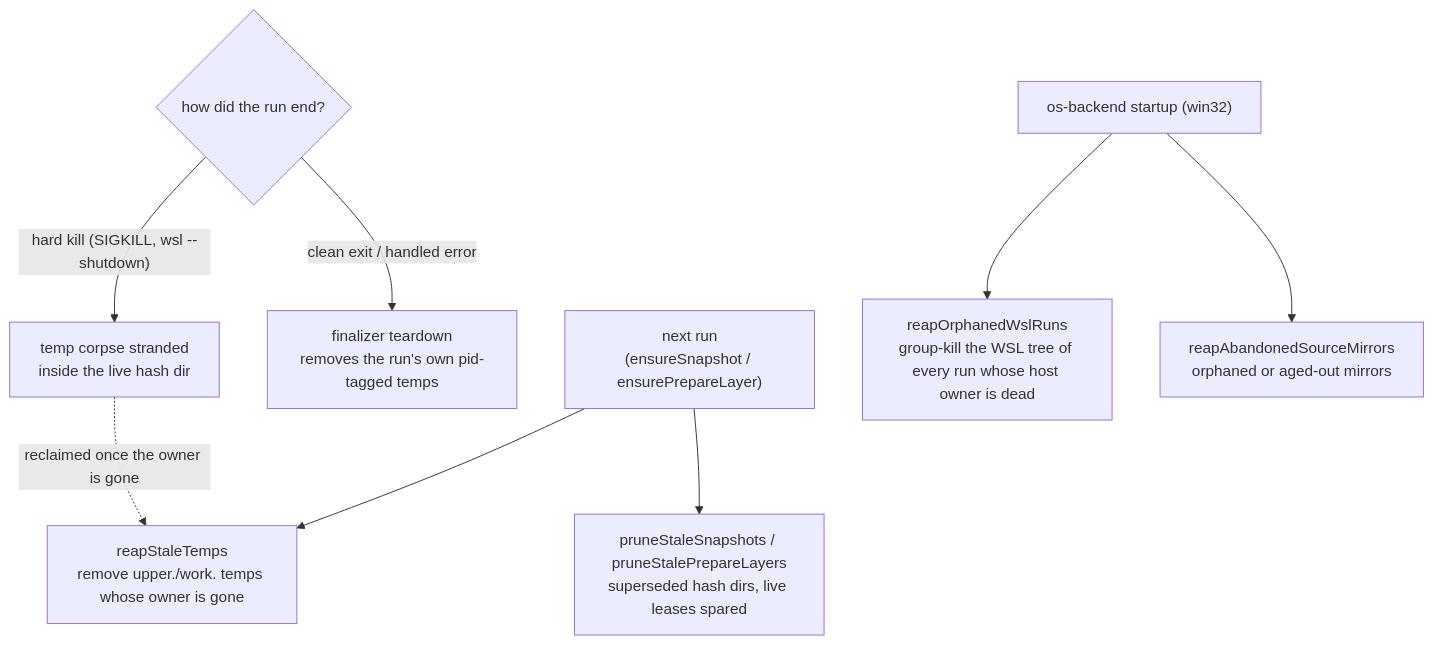
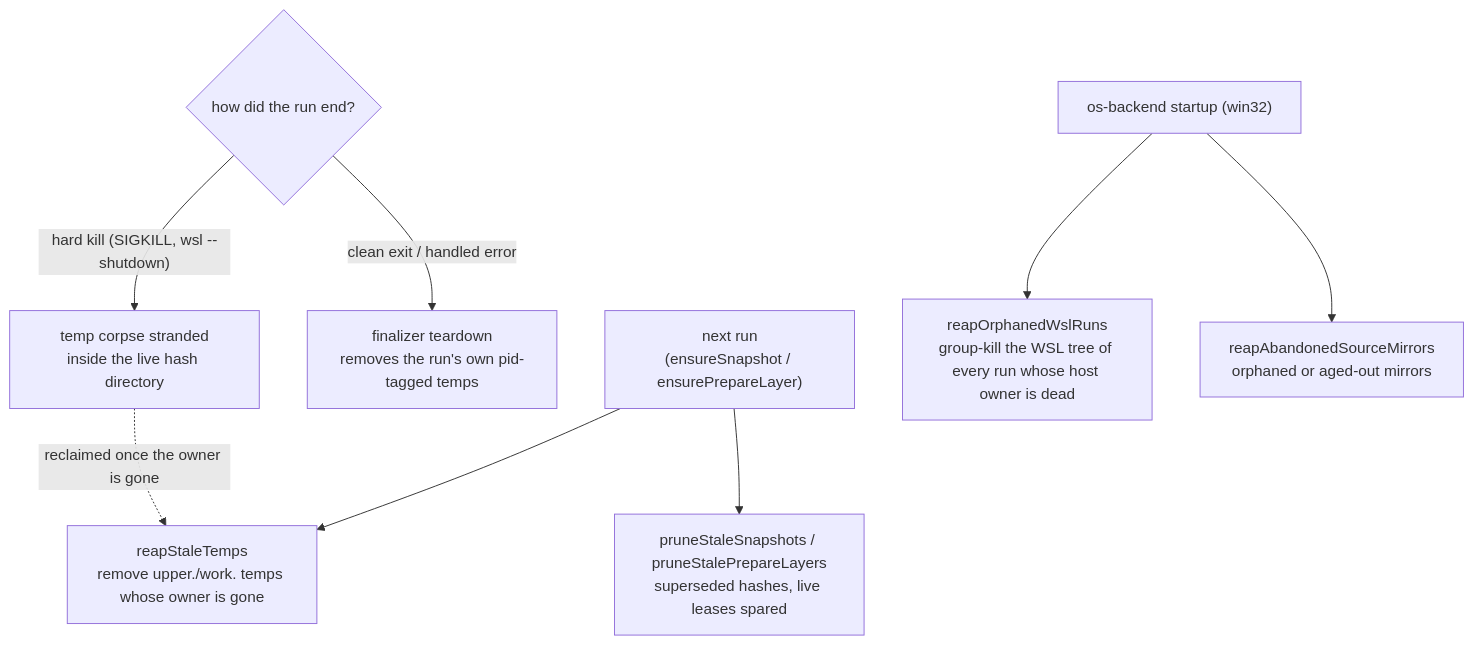
Before and after one commit to Esposter/Esposter: the diagram in apps/web/content/docs/virrun/cache.md, drawn with Mermaid. The commit also changed other lines of this file and 159 other files, not shown here.

First line of the commit message:
refactor(virrun)!: spell Directory in every identifier that said Dir

````diff
--- a/apps/web/content/docs/virrun/cache.md
+++ b/apps/web/content/docs/virrun/cache.md
@@ -45,13 +45,13 @@
 ```mermaid
 flowchart TB
     exit{"how did the run end?"}
     exit -->|"clean exit / handled error"| fin["finalizer teardown<br/>removes the run's own pid-tagged temps"]
-    exit -->|"hard kill (SIGKILL, wsl --shutdown)"| corpse["temp corpse stranded<br/>inside the live hash dir"]
+    exit -->|"hard kill (SIGKILL, wsl --shutdown)"| corpse["temp corpse stranded<br/>inside the live hash directory"]
 
-    next["next run<br/>(ensureSnapshot / ensurePrepareLayer)"] --> prune["pruneStaleSnapshots / pruneStalePrepareLayers<br/>superseded hash dirs, live leases spared"]
+    next["next run<br/>(ensureSnapshot / ensurePrepareLayer)"] --> prune["pruneStaleSnapshots / pruneStalePrepareLayers<br/>superseded hashes, live leases spared"]
     next --> reap["reapStaleTemps<br/>remove upper./work. temps whose owner is gone"]
     corpse -.->|"reclaimed once the owner is gone"| reap
 
     startup["os-backend startup (win32)"] --> mirrors["reapAbandonedSourceMirrors<br/>orphaned or aged-out mirrors"]
     startup --> orphans["reapOrphanedWslRuns<br/>group-kill the WSL tree of every run whose host owner is dead"]
 ```
````
